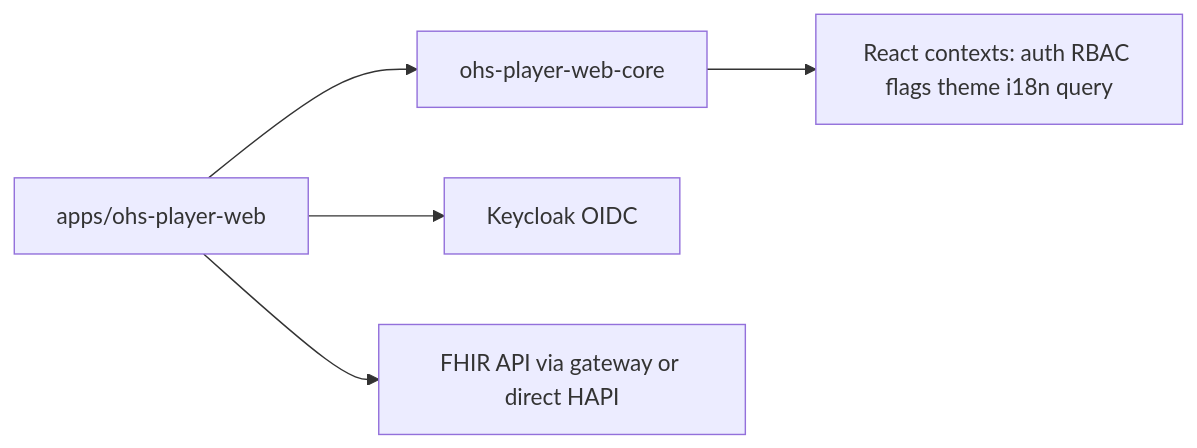
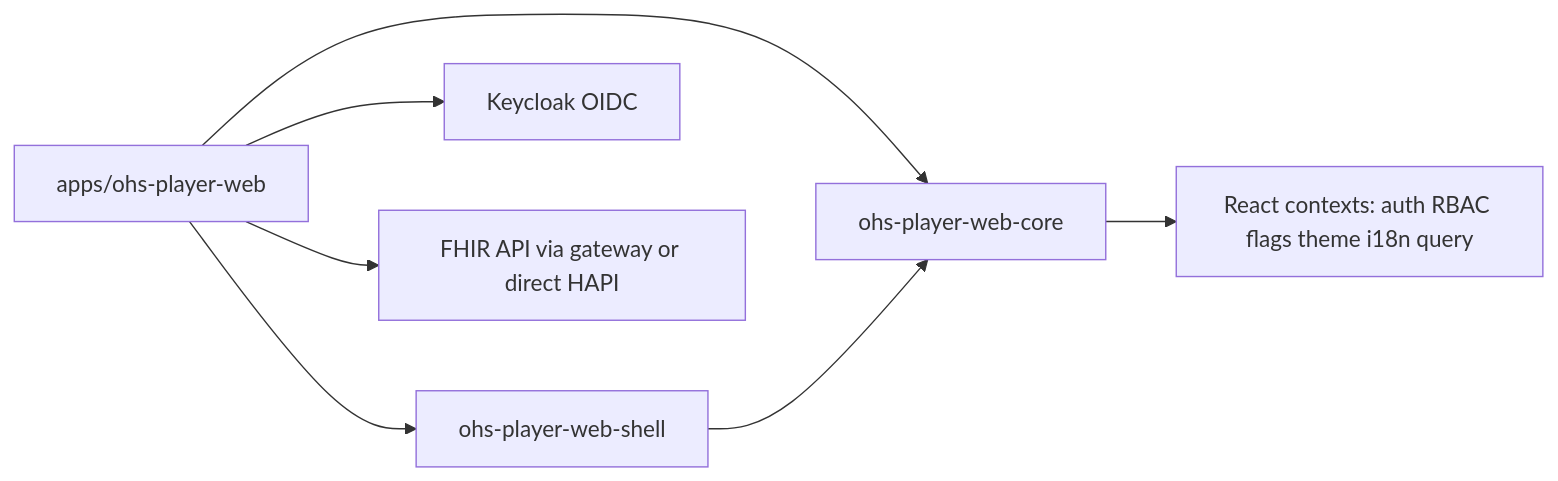
One commit to ohs-foundation/ohs-player-reference-web-portal changed the diagram in docs/ARCHITECTURE.md. Above: the diagram before and after it, drawn with Mermaid. The commit also changed other lines of this file and 170 other files, not shown here.

````diff
--- a/docs/ARCHITECTURE.md
+++ b/docs/ARCHITECTURE.md
@@ -7,7 +7,9 @@
 ```mermaid
 flowchart LR
-  App[apps/ohs-player-web] --> Core[ohs-player-web-core]
+  App[apps/ohs-player-web] --> Shell[ohs-player-web-shell]
+  App --> Core[ohs-player-web-core]
+  Shell --> Core
   App --> KC[Keycloak OIDC]
   App --> FHIR[FHIR API via gateway or direct HAPI]
   Core --> React[React contexts: auth RBAC flags theme i18n query]
 ```
````
